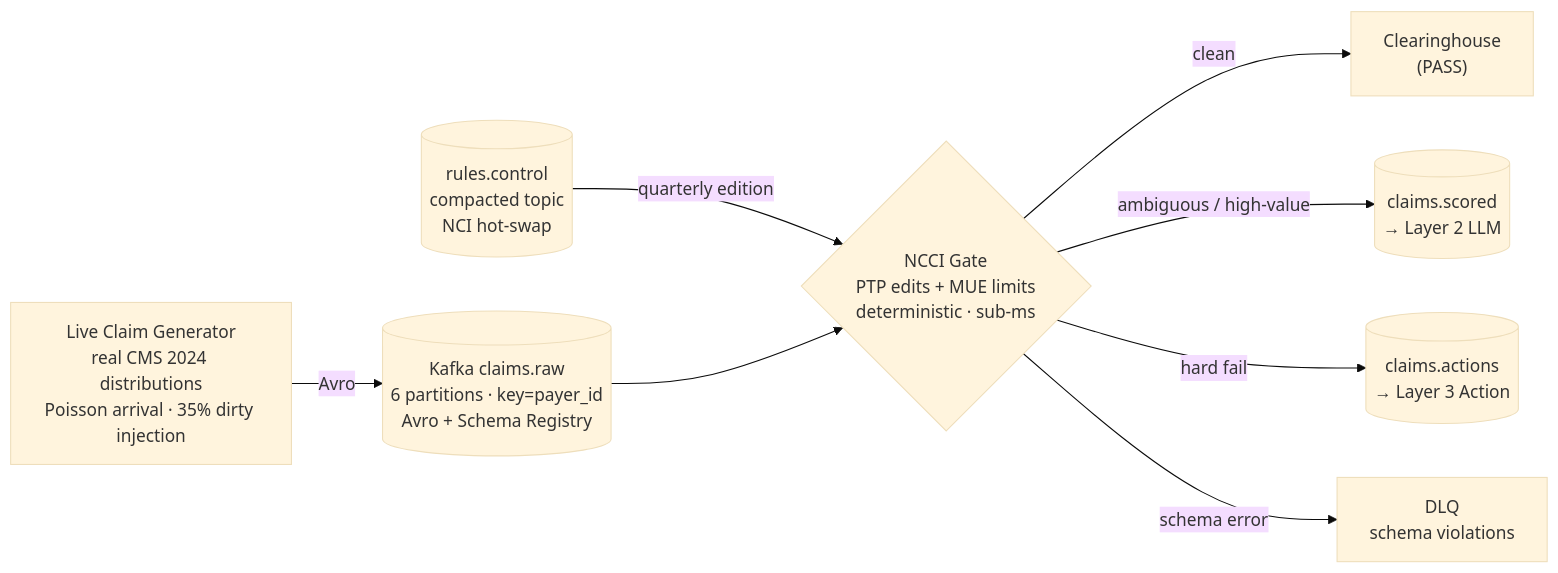
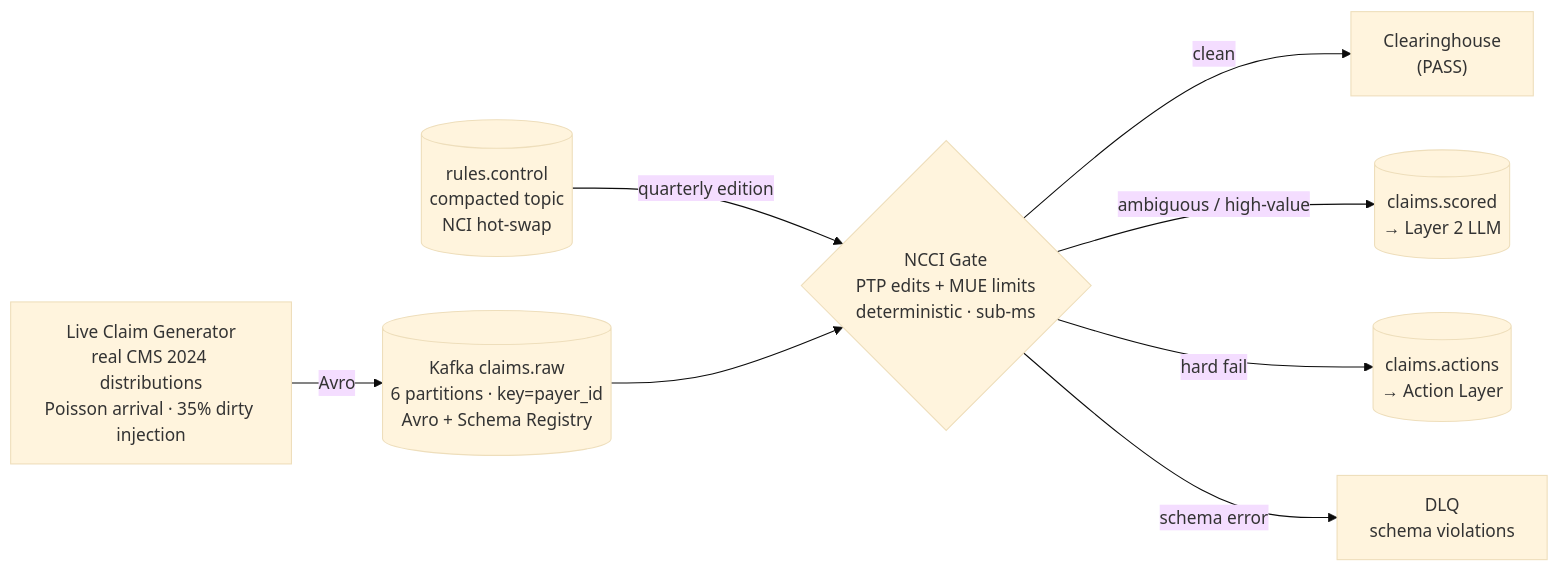
The diagram in README.md (ericg1212/agentic-rcm-pipeline), drawn with Mermaid (base theme) before and after one commit.

Commit message:
docs: remove Layer 3 reference from Mermaid diagram (#26)

````diff
--- a/README.md
+++ b/README.md
@@ -33,19 +33,19 @@
 ```mermaid
 flowchart LR
     G["Live Claim Generator\nreal CMS 2024 distributions\nPoisson arrival · 35% dirty injection"]
     K[("Kafka  claims.raw\n6 partitions · key=payer_id\nAvro + Schema Registry")]
     N{"NCCI Gate\nPTP edits + MUE limits\ndeterministic · sub-ms"}
     CLR["Clearinghouse\n(PASS)"]
     SC[("claims.scored\n→ Layer 2 LLM")]
-    AC[("claims.actions\n→ Layer 3 Action")]
+    AC[("claims.actions\n→ Action Layer")]
     DLQ["DLQ\nschema violations"]
     RC[("rules.control\ncompacted topic\nNCI hot-swap")]
 
     G -->|Avro| K
     RC -->|quarterly edition| N
     K --> N
     N -->|clean| CLR
     N -->|ambiguous / high-value| SC
     N -->|hard fail| AC
     N -->|schema error| DLQ
 ```
````
